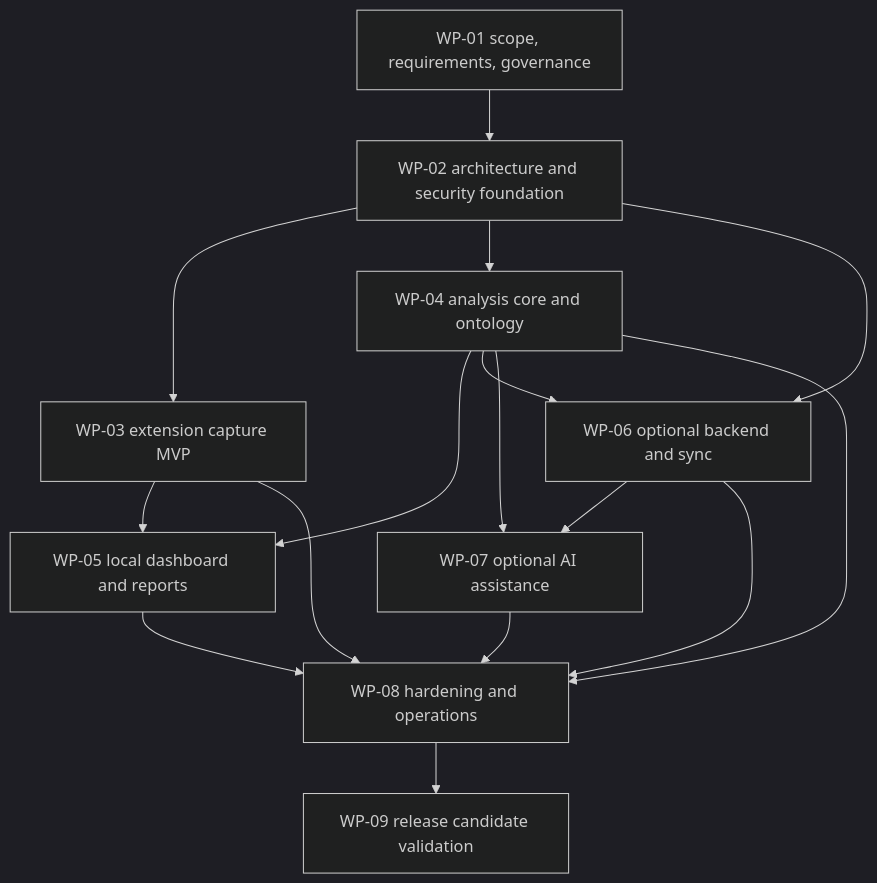
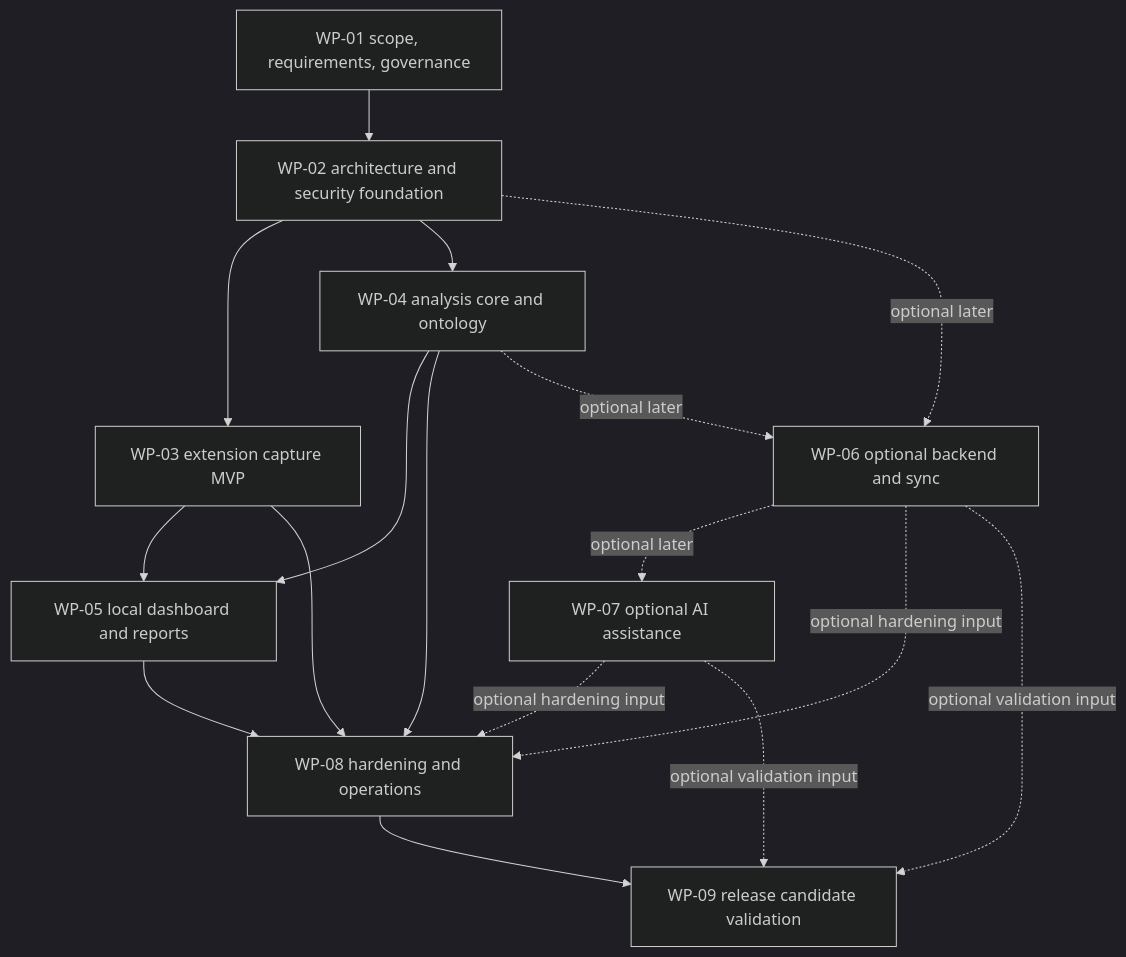
Before and after one commit to phooriwat3/jobskill-radar: the diagram in docs/plans/wp-01-plan.md, drawn with Mermaid (dark theme). The commit also changed other lines of this file and 25 other files, not shown here.

````diff
--- a/docs/plans/wp-01-plan.md
+++ b/docs/plans/wp-01-plan.md
@@ -291,18 +316,19 @@
 ```mermaid
 flowchart TD
   W1[WP-01 scope, requirements, governance] --> W2[WP-02 architecture and security foundation]
   W2 --> W3[WP-03 extension capture MVP]
   W2 --> W4[WP-04 analysis core and ontology]
   W3 --> W5[WP-05 local dashboard and reports]
   W4 --> W5
-  W2 --> W6[WP-06 optional backend and sync]
-  W4 --> W6
-  W4 --> W7[WP-07 optional AI assistance]
-  W6 --> W7
   W3 --> W8[WP-08 hardening and operations]
   W4 --> W8
   W5 --> W8
-  W6 --> W8
-  W7 --> W8
-  W8 --> W9[WP-09 release candidate validation]
+ W8 --> W9[WP-09 release candidate validation]
+  W2 -. optional later .-> W6[WP-06 optional backend and sync]
+  W4 -. optional later .-> W6
+  W6 -. optional later .-> W7[WP-07 optional AI assistance]
+  W6 -. optional hardening input .-> W8
+  W7 -. optional hardening input .-> W8
+  W6 -. optional validation input .-> W9
+  W7 -. optional validation input .-> W9
 ```
````
